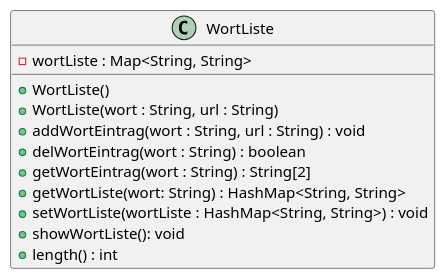
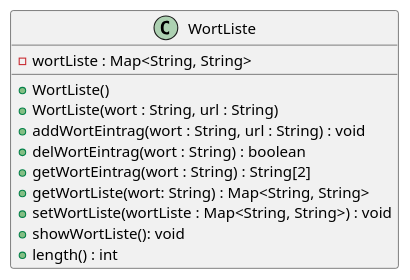
One commit to TGM-HIT/sew9-2425-worttrainer-Batscho changed the diagram in build/resources/main/Worttrainer Reloaded.puml. Above: the diagram before and after it, drawn with PlantUML. The commit also changed 14 other files, not shown here.

```diff
--- a/build/resources/main/Worttrainer Reloaded.puml
+++ b/build/resources/main/Worttrainer Reloaded.puml
@@ -1,19 +1,19 @@
 @startuml
 'https://plantuml.com/class-diagram
 
 
 class WortListe {
 - wortListe : Map<String, String>
 
 + WortListe()
 + WortListe(wort : String, url : String)
 + addWortEintrag(wort : String, url : String) : void
 + delWortEintrag(wort : String) : boolean
 + getWortEintrag(wort : String) : String[2]
-+ getWortListe(wort: String) : HashMap<String, String>
-+ setWortListe(wortListe : HashMap<String, String>) : void
++ getWortListe(wort: String) : Map<String, String>
++ setWortListe(wortListe : Map<String, String>) : void
 + showWortListe(): void
 + length() : int
 }
 
 @enduml
```
